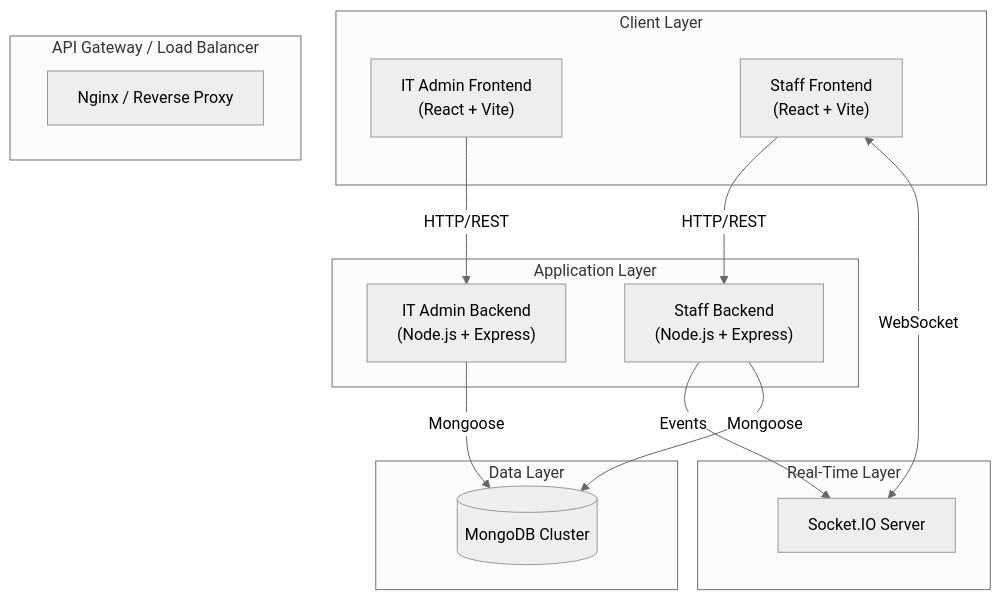
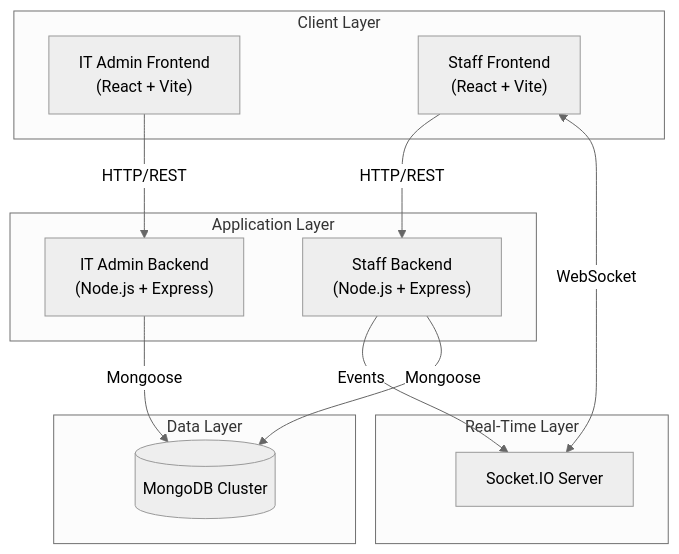
Before and after one commit to Anilkumark17/SSD-final: the first of 2 diagrams in LLD.md, drawn with Mermaid (neutral theme). The commit also changed other lines of this file, not shown here.

Commit message:
architecture

````diff
--- a/LLD.md
+++ b/LLD.md
@@ -24,31 +24,29 @@
 ```mermaid
 graph TD
     subgraph "Client Layer"
         IT_FE["IT Admin Frontend<br/>(React + Vite)"]
         Staff_FE["Staff Frontend<br/>(React + Vite)"]
     end
 
-    subgraph "API Gateway / Load Balancer"
-        NGINX[Nginx / Reverse Proxy]
-    end
+
 
     subgraph "Application Layer"
         IT_BE["IT Admin Backend<br/>(Node.js + Express)"]
         Staff_BE["Staff Backend<br/>(Node.js + Express)"]
     end
 
     subgraph "Data Layer"
         DB[(MongoDB Cluster)]
     end
 
     subgraph "Real-Time Layer"
         Socket[Socket.IO Server]
     end
 
     IT_FE -->|HTTP/REST| IT_BE
     Staff_FE -->|HTTP/REST| Staff_BE
     Staff_FE <-->|WebSocket| Socket
     Staff_BE -->|Events| Socket
     IT_BE -->|Mongoose| DB
     Staff_BE -->|Mongoose| DB
 ```
````
